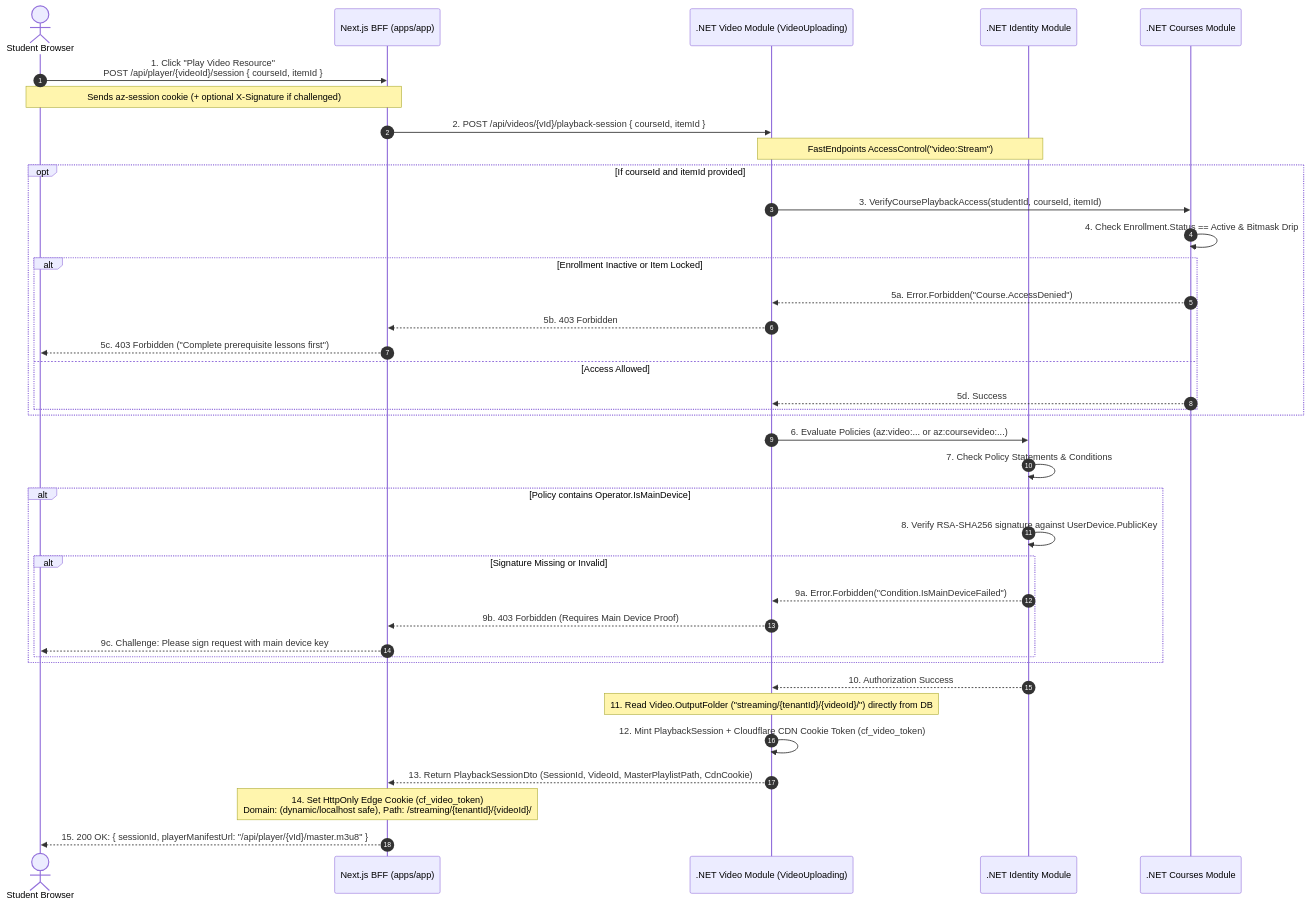
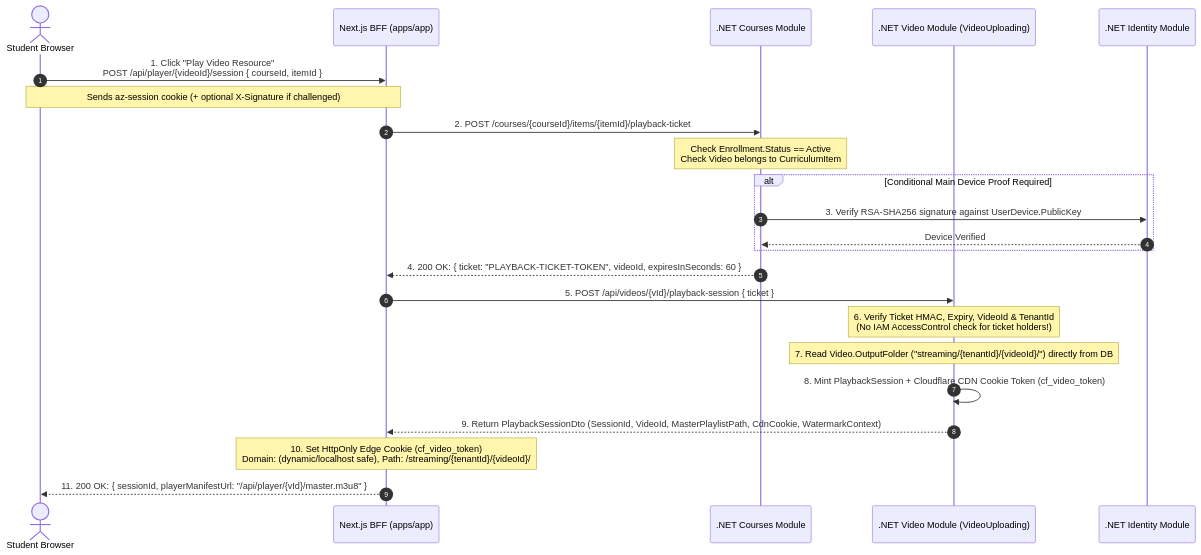
Before and after one commit to Azero77/alpha-zero: the second of 9 diagrams in plans/video-security-architecture.md, drawn with Mermaid. The commit also changed other lines of this file, not shown here.

Commit message:
Changes to VideoSecurity Architecture

````diff
--- a/plans/video-security-architecture.md
+++ b/plans/video-security-architecture.md
@@ -145,50 +148,33 @@
 ```mermaid
 sequenceDiagram
     autonumber
     actor Student as Student Browser
     participant BFF as Next.js BFF (apps/app)
+    participant CoursesMod as .NET Courses Module
     participant VideoMod as .NET Video Module (VideoUploading)
     participant Identity as .NET Identity Module
-    participant CoursesMod as .NET Courses Module
 
     Student->>BFF: 1. Click "Play Video Resource"<br/>POST /api/player/{videoId}/session { courseId, itemId }
     Note over Student, BFF: Sends az-session cookie (+ optional X-Signature if challenged)
-    BFF->>VideoMod: 2. POST /api/videos/{vId}/playback-session { courseId, itemId }
-    Note over VideoMod, Identity: FastEndpoints AccessControl("video:Stream")
-    
-    %% Step 1: Optional Course Context Check
-    opt If courseId and itemId provided
-        VideoMod->>CoursesMod: 3. VerifyCoursePlaybackAccess(studentId, courseId, itemId)
-        CoursesMod->>CoursesMod: 4. Check Enrollment.Status == Active & Bitmask Drip
-        alt Enrollment Inactive or Item Locked
-            CoursesMod-->>VideoMod: 5a. Error.Forbidden("Course.AccessDenied")
-            VideoMod-->>BFF: 5b. 403 Forbidden
-            BFF-->>Student: 5c. 403 Forbidden ("Complete prerequisite lessons first")
-        else Access Allowed
-            CoursesMod-->>VideoMod: 5d. Success
-        end
+
+    %% Step 1: Course Entitlement & Ticket Issuance
+    BFF->>CoursesMod: 2. POST /courses/{courseId}/items/{itemId}/playback-ticket
+    Note over CoursesMod: Check Enrollment.Status == Active<br/>Check Video belongs to CurriculumItem
+    alt Conditional Main Device Proof Required
+        CoursesMod->>Identity: 3. Verify RSA-SHA256 signature against UserDevice.PublicKey
+        Identity-->>CoursesMod: Device Verified
     end
+    CoursesMod-->>BFF: 4. 200 OK: { ticket: "PLAYBACK-TICKET-TOKEN", videoId, expiresInSeconds: 60 }
 
-    %% Step 2: Identity Policy Evaluation
-    VideoMod->>Identity: 6. Evaluate Policies (az:video:... or az:coursevideo:...)
-    Identity->>Identity: 7. Check Policy Statements & Conditions
-    
-    alt Policy contains Operator.IsMainDevice
-        Identity->>Identity: 8. Verify RSA-SHA256 signature against UserDevice.PublicKey
-        alt Signature Missing or Invalid
-            Identity-->>VideoMod: 9a. Error.Forbidden("Condition.IsMainDeviceFailed")
-            VideoMod-->>BFF: 9b. 403 Forbidden (Requires Main Device Proof)
-            BFF-->>Student: 9c. Challenge: Please sign request with main device key
-        end
-    end
-    
-    Identity-->>VideoMod: 10. Authorization Success
-    
+    %% Step 2: Exchange Ticket for Playback Session
+    BFF->>VideoMod: 5. POST /api/videos/{vId}/playback-session { ticket }
+    Note over VideoMod: 6. Verify Ticket HMAC, Expiry, VideoId & TenantId<br/>(No IAM AccessControl check for ticket holders!)
+
     %% Step 3: Resolve Streaming Coordinates & Mint Capability
-    Note over VideoMod: 11. Read Video.OutputFolder ("streaming/{tenantId}/{videoId}/") directly from DB
-    VideoMod->>VideoMod: 12. Mint PlaybackSession + Cloudflare CDN Cookie Token (cf_video_token)
-    VideoMod-->>BFF: 13. Return PlaybackSessionDto (SessionId, VideoId, MasterPlaylistPath, CdnCookie)
-    
-    Note over BFF: 14. Set HttpOnly Edge Cookie (cf_video_token)<br/>Domain: (dynamic/localhost safe), Path: /streaming/{tenantId}/{videoId}/
-    BFF-->>Student: 15. 200 OK: { sessionId, playerManifestUrl: "/api/player/{vId}/master.m3u8" }
+    Note over VideoMod: 7. Read Video.OutputFolder ("streaming/{tenantId}/{videoId}/") directly from DB
+    VideoMod->>VideoMod: 8. Mint PlaybackSession + Cloudflare CDN Cookie Token (cf_video_token)
+    VideoMod-->>BFF: 9. Return PlaybackSessionDto (SessionId, VideoId, MasterPlaylistPath, CdnCookie, WatermarkContext)
+
+    Note over BFF: 10. Set HttpOnly Edge Cookie (cf_video_token)<br/>Domain: (dynamic/localhost safe), Path: /streaming/{tenantId}/{videoId}/
+    BFF-->>Student: 11. 200 OK: { sessionId, playerManifestUrl: "/api/player/{vId}/master.m3u8" }
 ```
````
